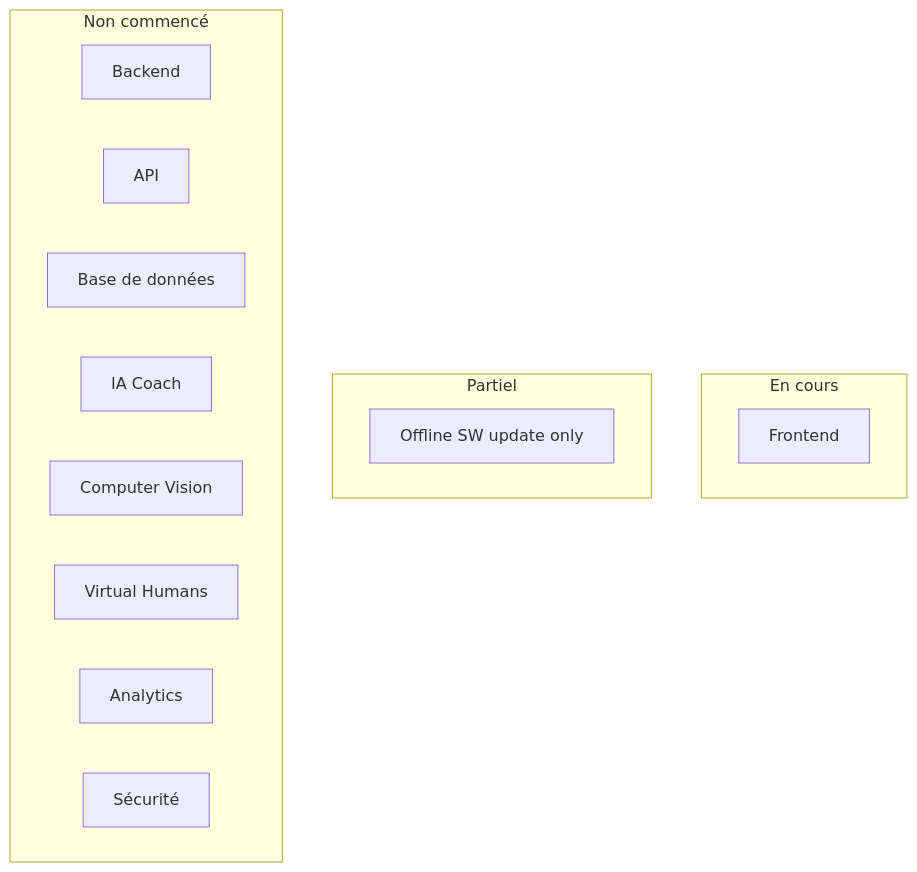
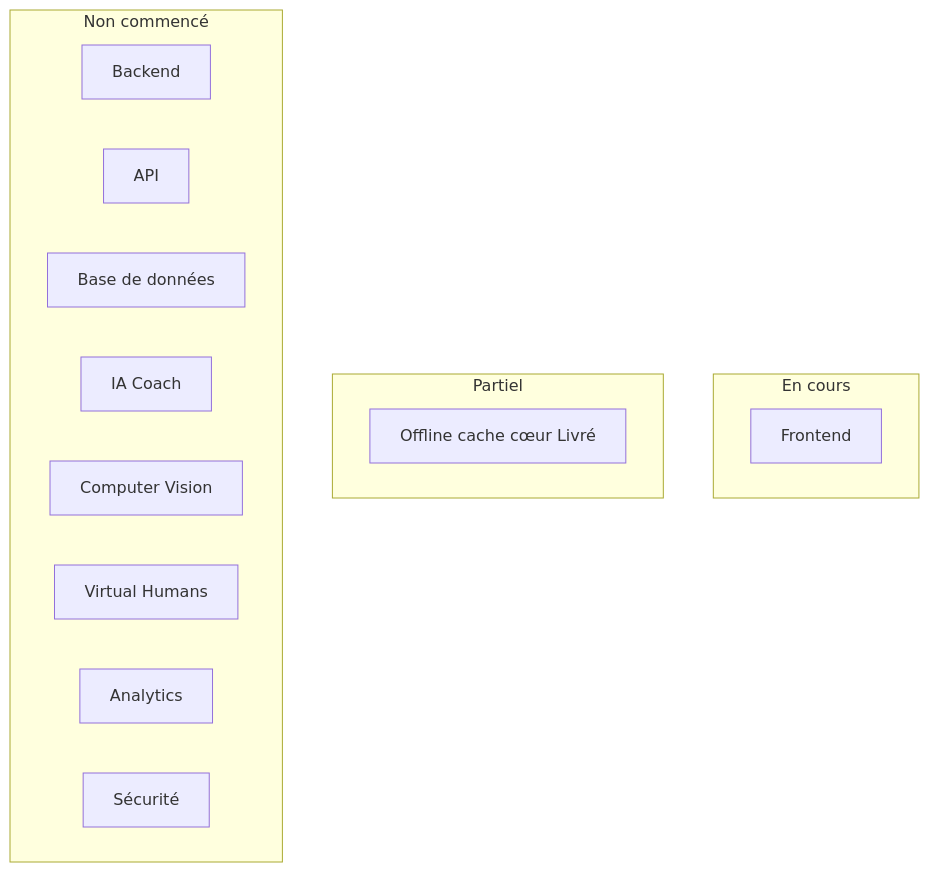
One commit to JavaChrist/Tai-Chi-AI-Coach changed the first of 5 diagrams in docs/runtime/01_ARCHITECTURE_STATUS.md. Above: the diagram before and after it, drawn with Mermaid. The commit also changed other lines of this file and 25 other files, not shown here.

````diff
--- a/docs/runtime/01_ARCHITECTURE_STATUS.md
+++ b/docs/runtime/01_ARCHITECTURE_STATUS.md
@@ -104,19 +107,19 @@
 ```mermaid
 flowchart TB
   subgraph EnCours[En cours]
     FE[Frontend]
   end
   subgraph Partiel[Partiel]
-    OFF[Offline SW update only]
+    OFF[Offline cache cœur Livré]
   end
   subgraph NonCommence[Non commencé]
     BE[Backend]
     API[API]
     DB[Base de données]
     AI[IA Coach]
     CV[Computer Vision]
     VH[Virtual Humans]
     AN[Analytics]
     SEC[Sécurité]
   end
 ```
````
